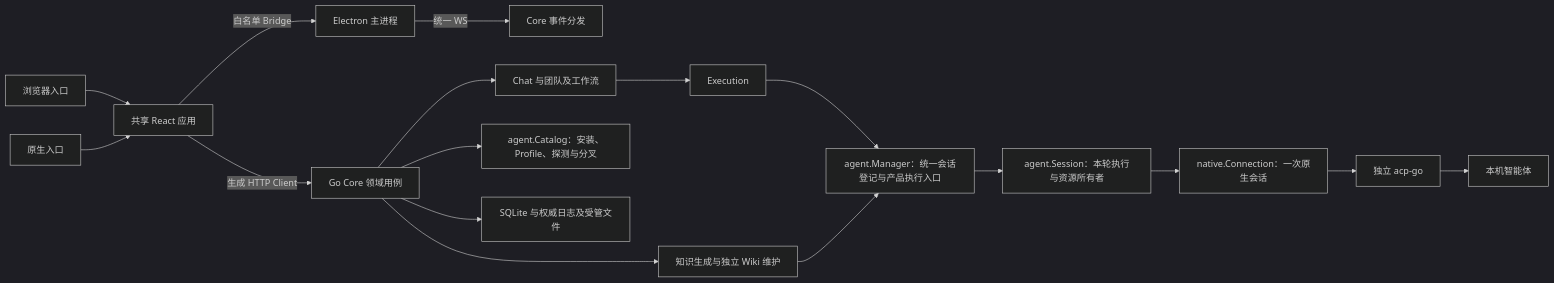
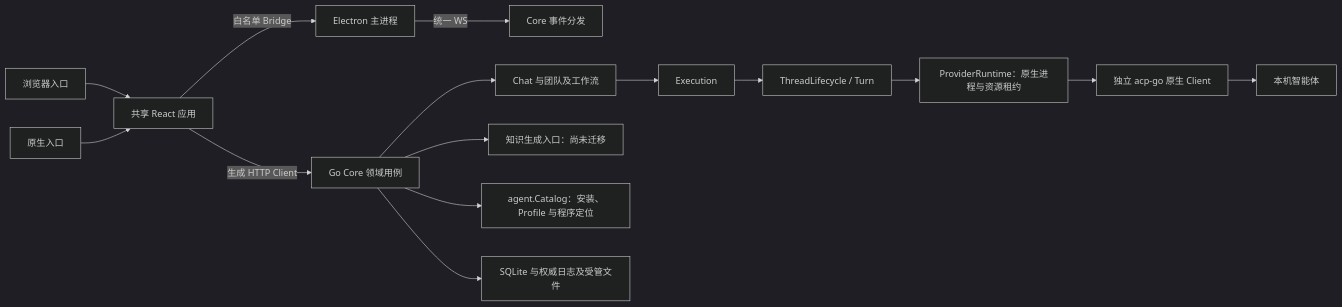
Before and after one commit to JieWaZi/NeuxBot: the diagram in docs/architecture/overview-cn.md, drawn with Mermaid (dark theme). The commit also changed other lines of this file and 3 other files, not shown here.

````diff
--- a/docs/architecture/overview-cn.md
+++ b/docs/architecture/overview-cn.md
@@ -9,19 +9,17 @@
 ```mermaid
 flowchart LR
   Web[浏览器入口] --> UI[共享 React 应用]
   Native[原生入口] --> UI
   UI -->|生成 HTTP Client| Core[Go Core 领域用例]
   UI -->|白名单 Bridge| Desktop[Electron 主进程]
   Desktop -->|统一 WS| Events[Core 事件分发]
   Core --> Chat[Chat 与团队及工作流]
   Chat --> Execution[Execution]
-  Execution --> Manager[agent.Manager：统一会话登记与产品执行入口]
-  Core --> Knowledge[知识生成与独立 Wiki 维护]
-  Knowledge --> Manager
-  Manager --> Session[agent.Session：本轮执行与资源所有者]
-  Session --> Connection[native.Connection：一次原生会话]
-  Connection --> ACP[独立 acp-go]
+  Execution --> Thread[ThreadLifecycle / Turn]
+  Thread --> Provider[ProviderRuntime：原生进程与资源租约]
+  Provider --> ACP[独立 acp-go 原生 Client]
+  Core --> Knowledge[知识生成入口：尚未迁移]
   ACP --> CLI[本机智能体]
-  Core --> Catalog[agent.Catalog：安装、Profile、探测与分叉]
+  Core --> Catalog[agent.Catalog：安装、Profile 与程序定位]
   Core --> Store[SQLite 与权威日志及受管文件]
 ```
````
